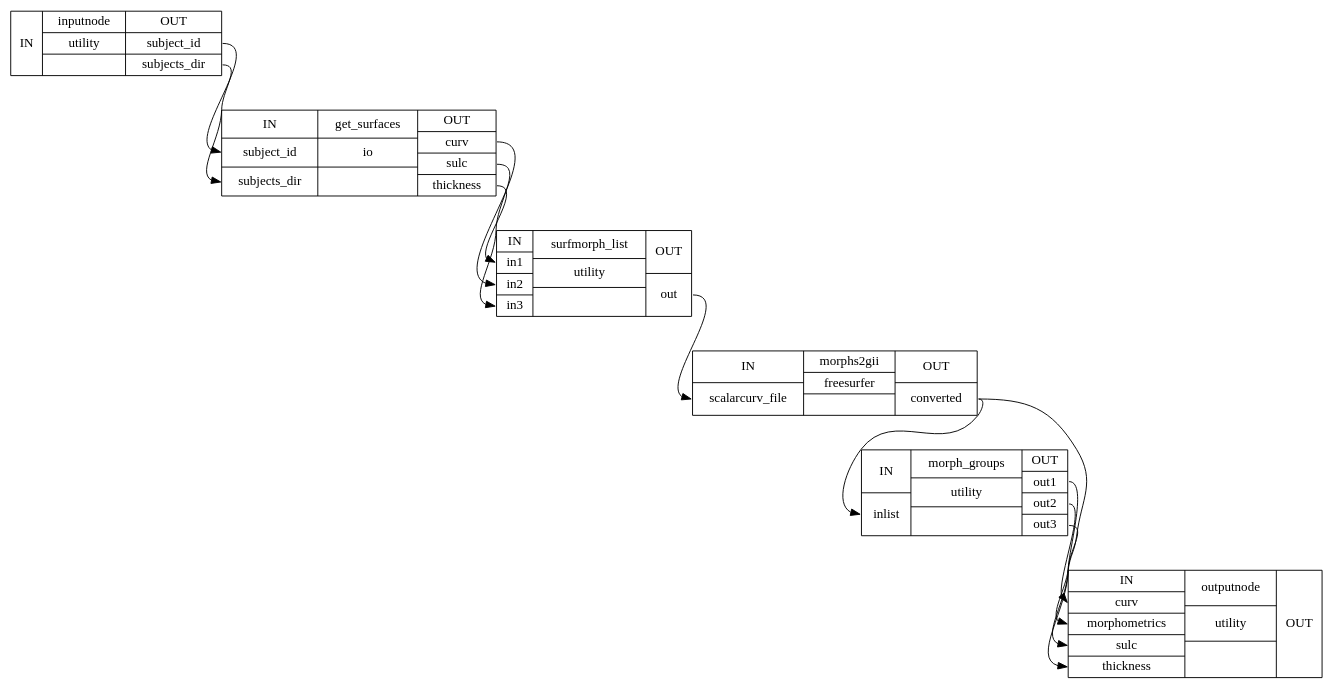
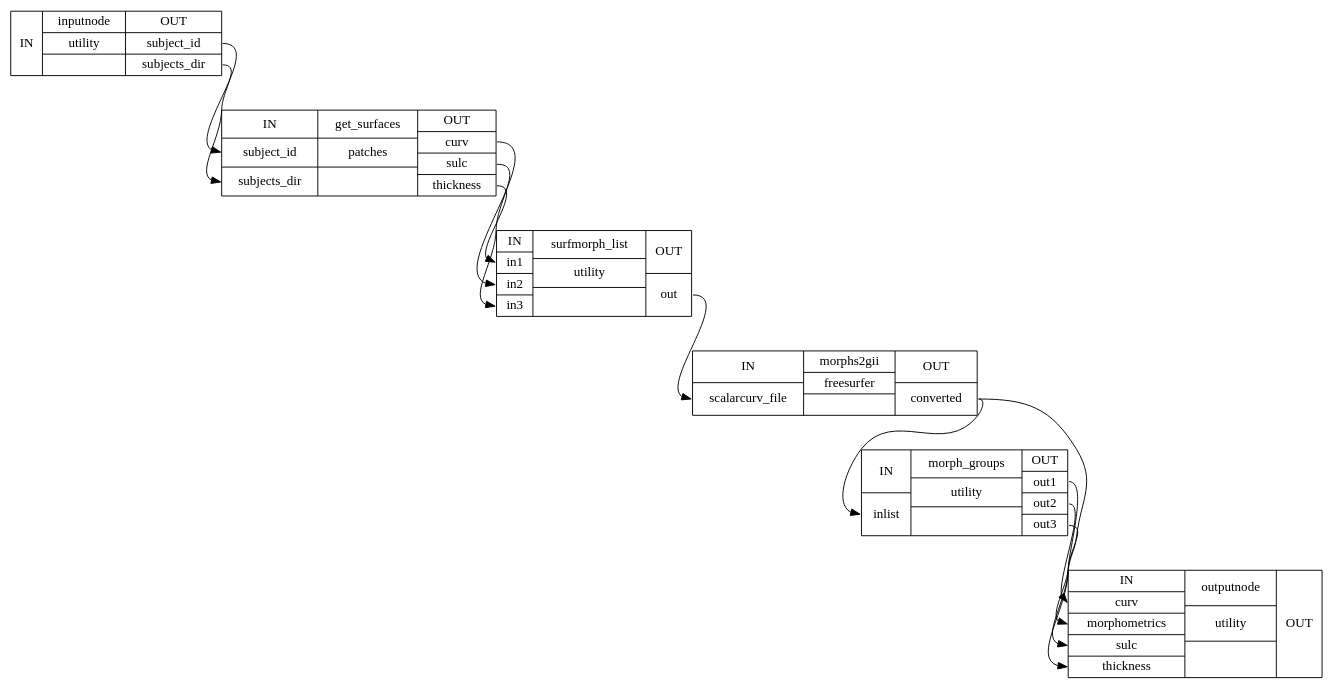
One commit to laviniawuensch/smriprep changed the diagram in wf_directive/api/gifti_morphometrics_wf/smriprep-workflows-surfaces-3_detailed.dot. Above: the diagram before and after it, drawn with Graphviz. The commit also changed 2568 other files, not shown here.

```diff
--- a/wf_directive/api/gifti_morphometrics_wf/smriprep-workflows-surfaces-3_detailed.dot
+++ b/wf_directive/api/gifti_morphometrics_wf/smriprep-workflows-surfaces-3_detailed.dot
@@ -1,20 +1,20 @@
 digraph structs {
 node [shape=record];
 gifti_morphometrics_wfinputnode [label="{IN}|{ inputnode | utility |  }|{OUT|<outsubjectid> subject_id|<outsubjectsdir> subjects_dir}"];
-gifti_morphometrics_wfget_surfaces [label="{IN|<insubjectid> subject_id|<insubjectsdir> subjects_dir}|{ get_surfaces | io |  }|{OUT|<outcurv> curv|<outsulc> sulc|<outthickness> thickness}"];
+gifti_morphometrics_wfget_surfaces [label="{IN|<insubjectid> subject_id|<insubjectsdir> subjects_dir}|{ get_surfaces | patches |  }|{OUT|<outcurv> curv|<outsulc> sulc|<outthickness> thickness}"];
 gifti_morphometrics_wfsurfmorph_list [label="{IN|<inin1> in1|<inin2> in2|<inin3> in3}|{ surfmorph_list | utility |  }|{OUT|<outout> out}"];
 gifti_morphometrics_wfmorphs2gii [label="{IN|<inscalarcurvfile> scalarcurv_file}|{ morphs2gii | freesurfer |  }|{OUT|<outconverted> converted}"];
 gifti_morphometrics_wfmorph_groups [label="{IN|<ininlist> inlist}|{ morph_groups | utility |  }|{OUT|<outout1> out1|<outout2> out2|<outout3> out3}"];
 gifti_morphometrics_wfoutputnode [label="{IN|<incurv> curv|<inmorphometrics> morphometrics|<insulc> sulc|<inthickness> thickness}|{ outputnode | utility |  }|{OUT}"];
 gifti_morphometrics_wfget_surfaces:outcurv:e -> gifti_morphometrics_wfsurfmorph_list:inin2:w;
 gifti_morphometrics_wfget_surfaces:outsulc:e -> gifti_morphometrics_wfsurfmorph_list:inin3:w;
 gifti_morphometrics_wfget_surfaces:outthickness:e -> gifti_morphometrics_wfsurfmorph_list:inin1:w;
 gifti_morphometrics_wfinputnode:outsubjectid:e -> gifti_morphometrics_wfget_surfaces:insubjectid:w;
 gifti_morphometrics_wfinputnode:outsubjectsdir:e -> gifti_morphometrics_wfget_surfaces:insubjectsdir:w;
 gifti_morphometrics_wfmorph_groups:outout1:e -> gifti_morphometrics_wfoutputnode:inthickness:w;
 gifti_morphometrics_wfmorph_groups:outout2:e -> gifti_morphometrics_wfoutputnode:incurv:w;
 gifti_morphometrics_wfmorph_groups:outout3:e -> gifti_morphometrics_wfoutputnode:insulc:w;
 gifti_morphometrics_wfmorphs2gii:outconverted:e -> gifti_morphometrics_wfmorph_groups:ininlist:w;
 gifti_morphometrics_wfmorphs2gii:outconverted:e -> gifti_morphometrics_wfoutputnode:inmorphometrics:w;
 gifti_morphometrics_wfsurfmorph_list:outout:e -> gifti_morphometrics_wfmorphs2gii:inscalarcurvfile:w;
 }
```
